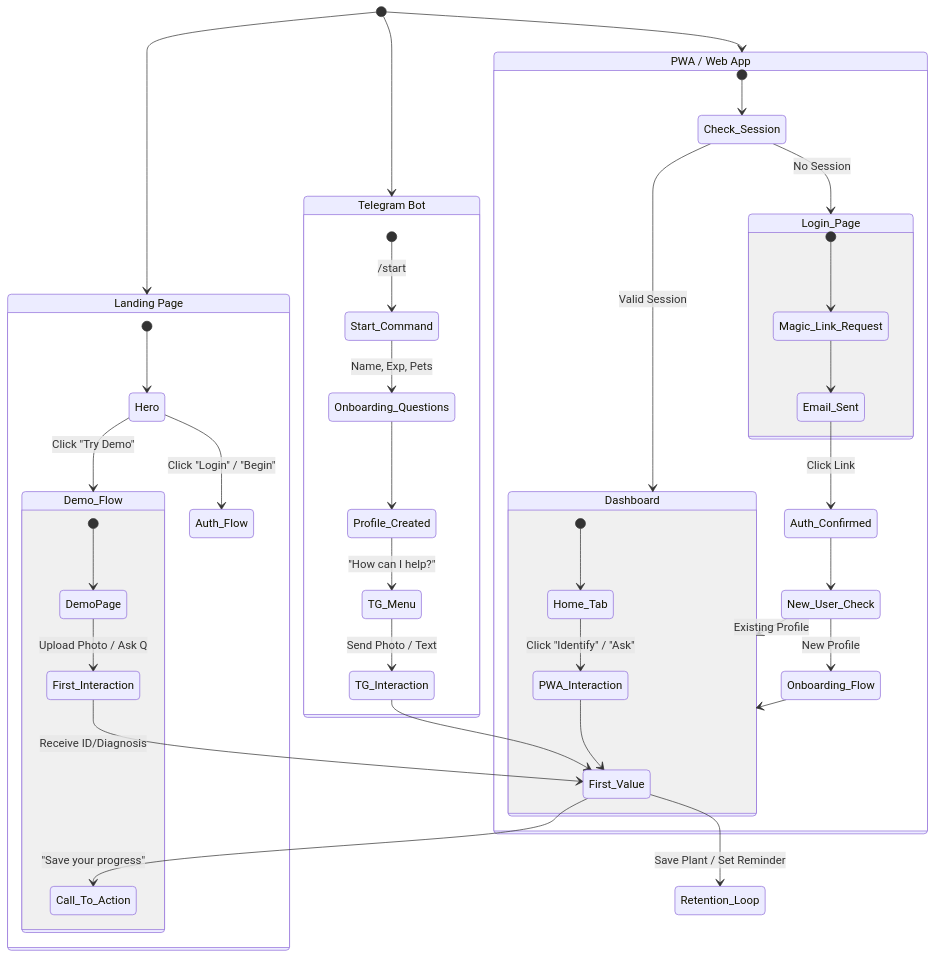
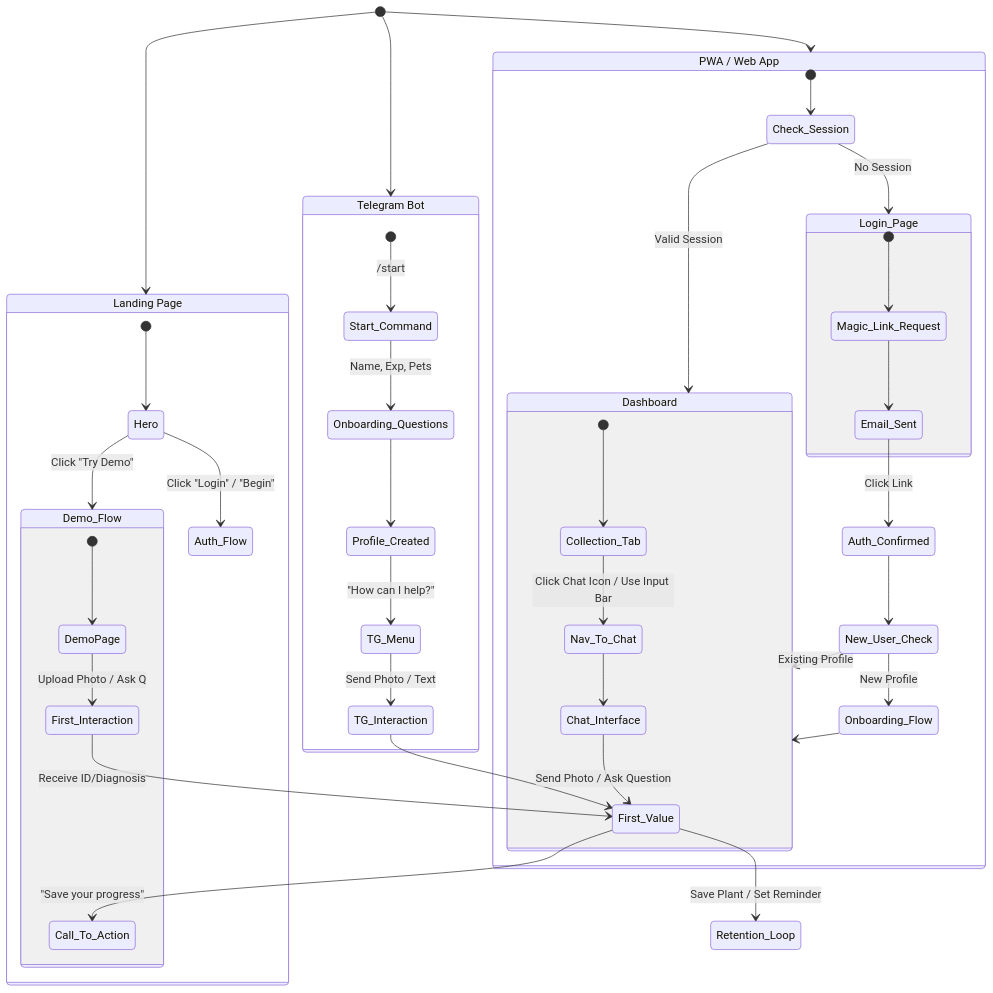
The first of 5 diagrams in docs/DIAGRAMS.md (masudl-hub/orchidcare), drawn with Mermaid before and after one commit.

Commit message:
Add corrected technical diagrams to docs/DIAGRAMS.md
This commit introduces a new documentation file `docs/DIAGRAMS.md` containing a comprehensive collection of Mermaid and ASCII diagrams illustrating critical aspects of the Orchid application architecture:
- User Journey (Entry to First Value) - Corrected to reflect actual PWA navigation (Dashboard -> Collection -> Chat).
- Data Flow Architecture (Client -> Edge -> DB -> AI).
- Semantic & Visual Memory Architecture (Hierarchical Layers + Retrieval Sequence).
- Live Call Architecture (Audio/Video Pipeline + Lifecycle Sequence).
- REST API Flow (Auth -> Rate Limit -> Proxy).

These diagrams serve to enrich the technical documentation and provide a clear visual reference for the system's design and data flow, accurate to the current codebase state.

````diff
--- a/docs/DIAGRAMS.md
+++ b/docs/DIAGRAMS.md
@@ -9,58 +9,59 @@
 ```mermaid
 stateDiagram-v2
     state "Landing Page" as Landing
     state "Telegram Bot" as Telegram
     state "PWA / Web App" as PWA
 
     [*] --> Landing
     [*] --> Telegram
     [*] --> PWA
 
     state Landing {
         [*] --> Hero
         Hero --> Demo_Flow: Click "Try Demo"
         Hero --> Auth_Flow: Click "Login" / "Begin"
 
         state Demo_Flow {
             [*] --> DemoPage
             DemoPage --> First_Interaction: Upload Photo / Ask Q
             First_Interaction --> First_Value: Receive ID/Diagnosis
             First_Value --> Call_To_Action: "Save your progress"
         }
     }
 
     state Telegram {
         [*] --> Start_Command: /start
         Start_Command --> Onboarding_Questions: Name, Exp, Pets
         Onboarding_Questions --> Profile_Created
         Profile_Created --> TG_Menu: "How can I help?"
         TG_Menu --> TG_Interaction: Send Photo / Text
         TG_Interaction --> First_Value
     }
 
     state PWA {
         [*] --> Check_Session
         Check_Session --> Login_Page: No Session
         Check_Session --> Dashboard: Valid Session
 
         state Login_Page {
             [*] --> Magic_Link_Request
             Magic_Link_Request --> Email_Sent
             Email_Sent --> Auth_Confirmed: Click Link
         }
 
         Auth_Confirmed --> New_User_Check
         New_User_Check --> Onboarding_Flow: New Profile
         New_User_Check --> Dashboard: Existing Profile
 
         Onboarding_Flow --> Dashboard
 
         state Dashboard {
-            [*] --> Home_Tab
-            Home_Tab --> PWA_Interaction: Click "Identify" / "Ask"
-            PWA_Interaction --> First_Value
+            [*] --> Collection_Tab
+            Collection_Tab --> Nav_To_Chat: Click Chat Icon / Use Input Bar
+            Nav_To_Chat --> Chat_Interface
+            Chat_Interface --> First_Value: Send Photo / Ask Question
         }
     }
 
     First_Value --> Retention_Loop: Save Plant / Set Reminder
 ```
````
